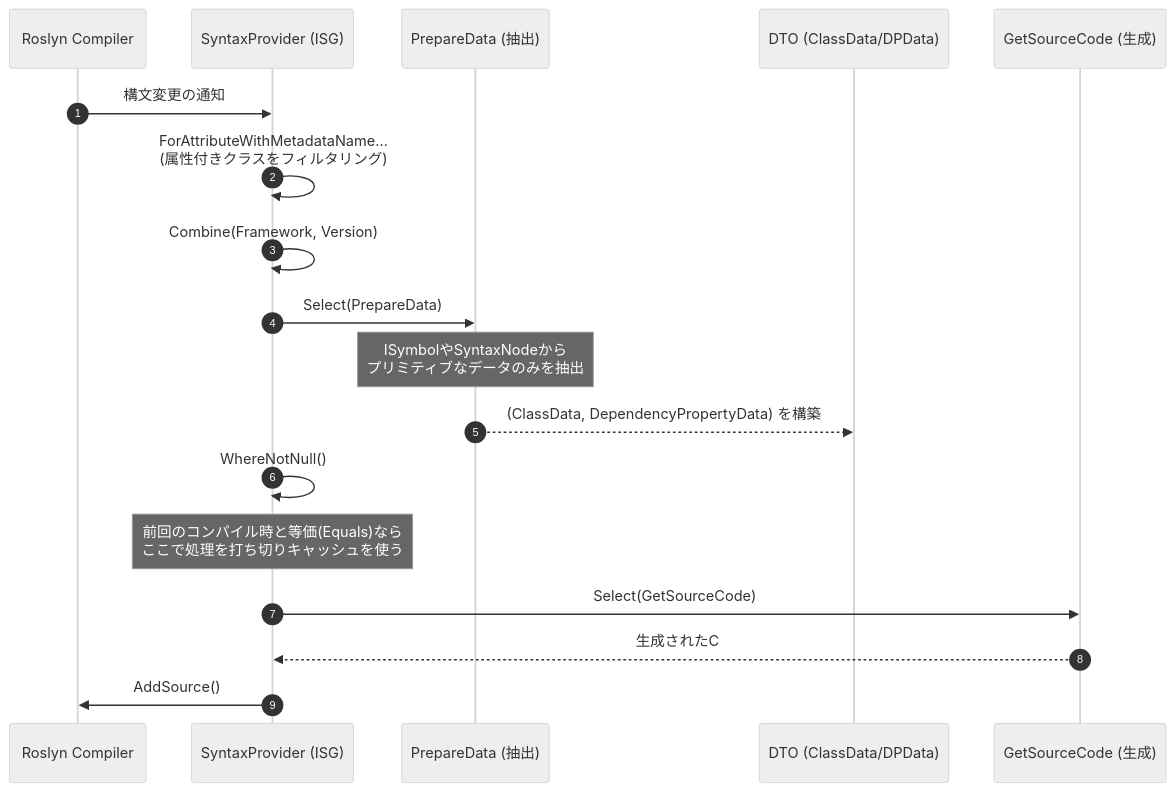
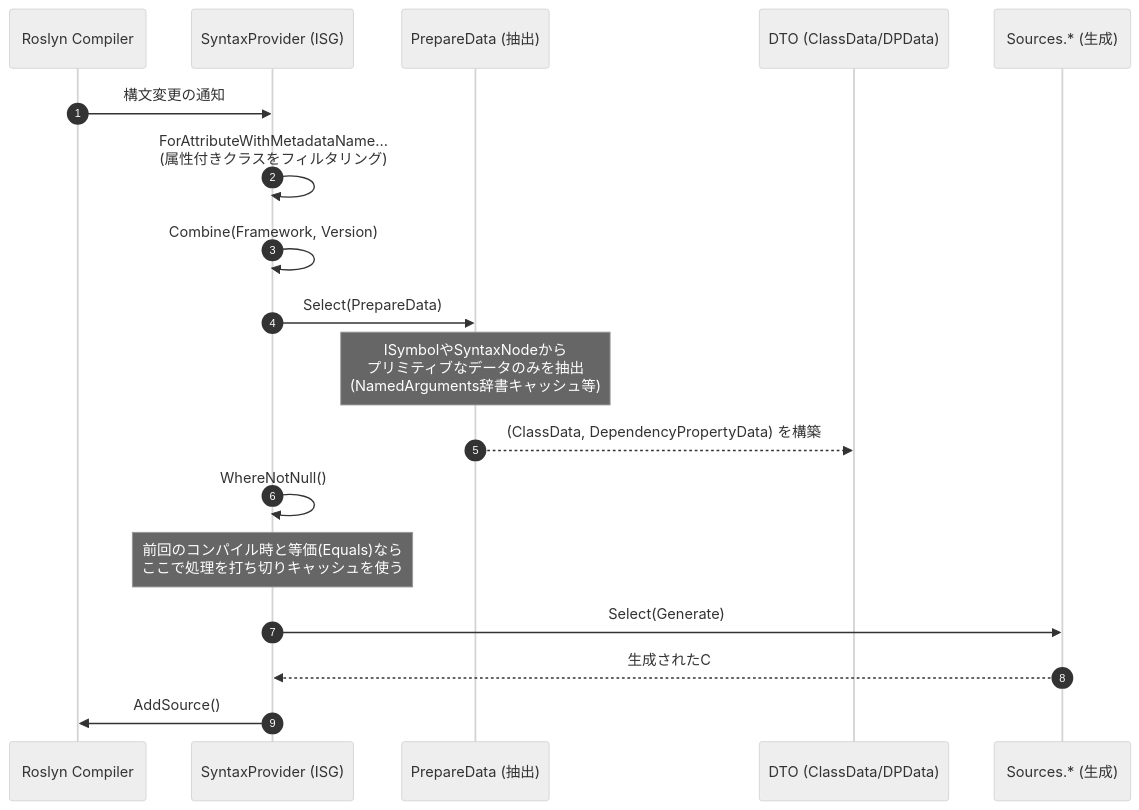
Before and after one commit to kassyi/DependencyPropertyGenerator: the diagram in spec/ja/02_pipeline_architecture.md, drawn with Mermaid (neutral theme). The commit also changed other lines of this file and 10 other files, not shown here.

````diff
--- a/spec/ja/02_pipeline_architecture.md
+++ b/spec/ja/02_pipeline_architecture.md
@@ -9,21 +11,21 @@
 ```mermaid
 sequenceDiagram
     autonumber
     participant Compiler as Roslyn Compiler
     participant SP as SyntaxProvider (ISG)
     participant Prepare as PrepareData (抽出)
     participant Model as DTO (ClassData/DPData)
-    participant Source as GetSourceCode (生成)
+    participant Source as Sources.* (生成)
     
     Compiler->>SP: 構文変更の通知
     SP->>SP: ForAttributeWithMetadataName...<br/>(属性付きクラスをフィルタリング)
     SP->>SP: Combine(Framework, Version)
     SP->>Prepare: Select(PrepareData)
-    Note over Prepare: ISymbolやSyntaxNodeから<br/>プリミティブなデータのみを抽出
+    Note over Prepare: ISymbolやSyntaxNodeから<br/>プリミティブなデータのみを抽出<br/>(NamedArguments辞書キャッシュ等)
     Prepare-->>Model: (ClassData, DependencyPropertyData) を構築
     SP->>SP: WhereNotNull()
     Note over SP: 前回のコンパイル時と等価(Equals)なら<br/>ここで処理を打ち切りキャッシュを使う
-    SP->>Source: Select(GetSourceCode)
+    SP->>Source: Select(Generate)
     Source-->>SP: 生成されたC#ソース文字列
     SP->>Compiler: AddSource()
 ```
````
